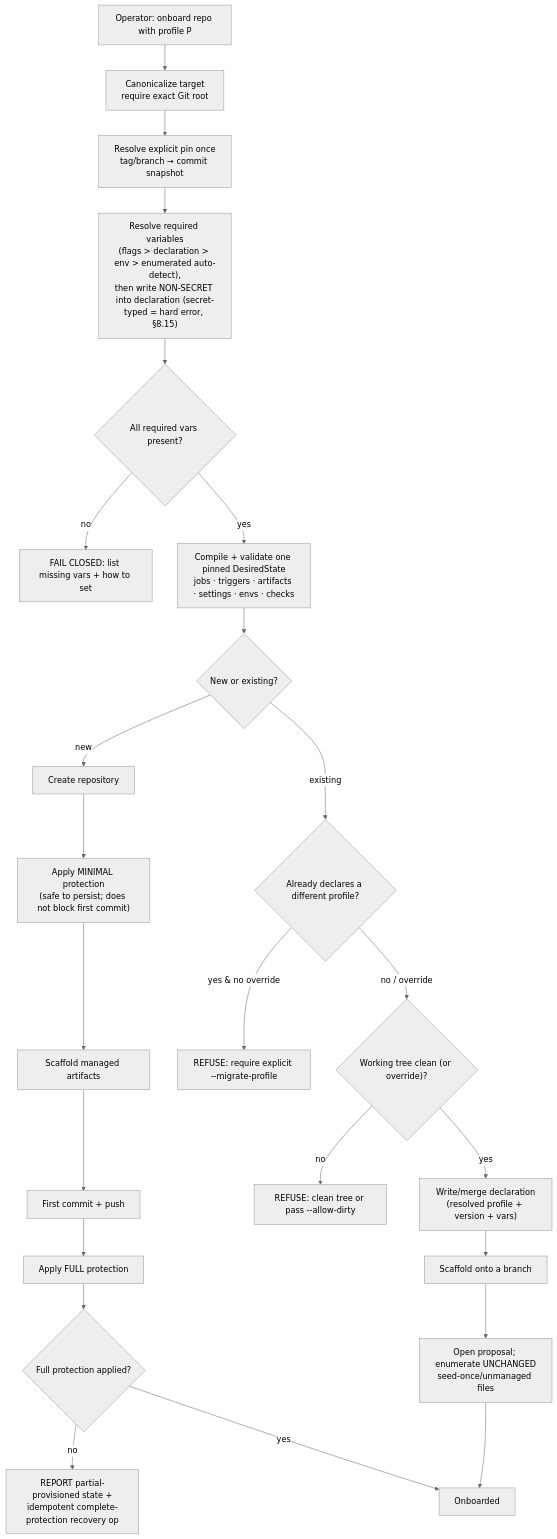
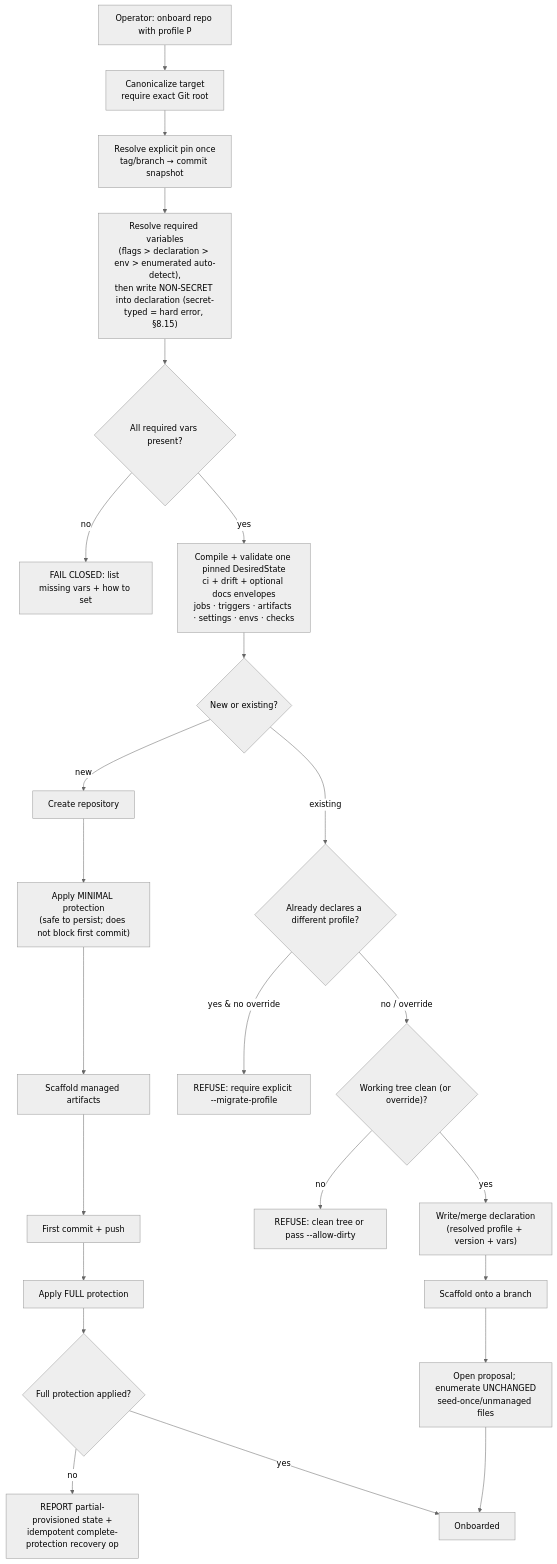
The diagram in docs/specifications/modules/onboarding/flow.md (amattas/aviato), drawn with Mermaid (neutral theme) before and after one commit. The commit also changed other lines of this file and 92 other files, not shown here.

Commit message:
refactor(library): generate callers from pipeline graph

````diff
--- a/docs/specifications/modules/onboarding/flow.md
+++ b/docs/specifications/modules/onboarding/flow.md
@@ -94,28 +104,28 @@
 ```mermaid
 flowchart TD
     Start["Operator: onboard repo with profile P"] --> Root["Canonicalize target<br/>require exact Git root"]
     Root --> Pin["Resolve explicit pin once<br/>tag/branch → commit snapshot"]
     Pin --> Vars["Resolve required variables<br/>(flags > declaration > env > enumerated auto-detect),<br/>then write NON-SECRET into declaration (secret-typed = hard error, §8.15)"]
     Vars --> V{"All required vars present?"}
     V -- no --> Vfail["FAIL CLOSED: list missing vars + how to set"]
-    V -- yes --> Compile["Compile + validate one pinned DesiredState<br/>jobs · triggers · artifacts · settings · envs · checks"]
+    V -- yes --> Compile["Compile + validate one pinned DesiredState<br/>ci + drift + optional docs envelopes<br/>jobs · triggers · artifacts · settings · envs · checks"]
     Compile --> Mode{"New or existing?"}
 
     Mode -- new --> N1["Create repository"]
     N1 --> N2["Apply MINIMAL protection<br/>(safe to persist; does not block first commit)"]
     N2 --> N3["Scaffold managed artifacts"]
     N3 --> N4["First commit + push"]
     N4 --> N5["Apply FULL protection"]
     N5 --> N6{"Full protection applied?"}
     N6 -- no --> N7["REPORT partial-provisioned state +<br/>idempotent complete-protection recovery op"]
     N6 -- yes --> Done["Onboarded"]
 
     Mode -- existing --> E0{"Already declares a different profile?"}
     E0 -- "yes & no override" --> Emig["REFUSE: require explicit --migrate-profile"]
     E0 -- "no / override" --> E1{"Working tree clean (or override)?"}
     E1 -- no --> Edirty["REFUSE: clean tree or pass --allow-dirty"]
     E1 -- yes --> E2["Write/merge declaration<br/>(resolved profile + version + vars)"]
     E2 --> E3["Scaffold onto a branch"]
     E3 --> E4["Open proposal; enumerate UNCHANGED<br/>seed-once/unmanaged files"]
     E4 --> Done
 ```
````
